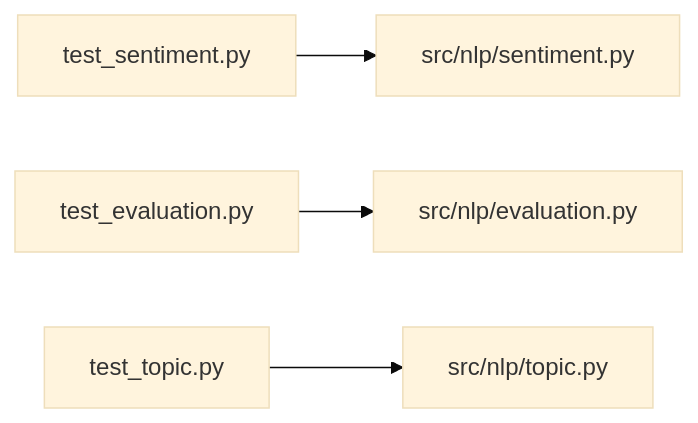
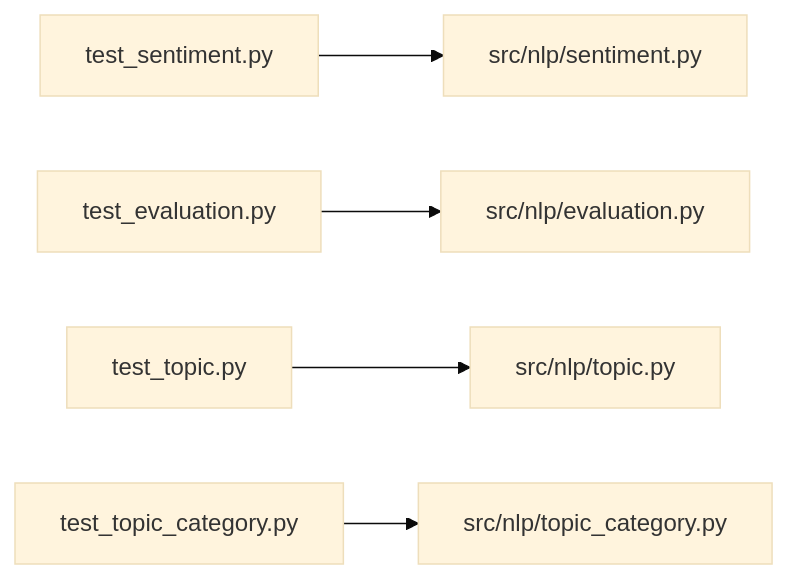
Before and after one commit to rindguitar/game-demand-forecast: the second of 2 diagrams in tests/README.md, drawn with Mermaid (base theme). The commit also changed other lines of this file and 9 other files, not shown here.

````diff
--- a/tests/README.md
+++ b/tests/README.md
@@ -32,6 +32,7 @@
 ```mermaid
 flowchart LR
     T4["test_sentiment.py"] --> M3["src/nlp/sentiment.py"]
     T5["test_evaluation.py"] --> M4["src/nlp/evaluation.py"]
     T6["test_topic.py"] --> M5["src/nlp/topic.py"]
+    T7["test_topic_category.py"] --> M6["src/nlp/topic_category.py"]
 ```
````
